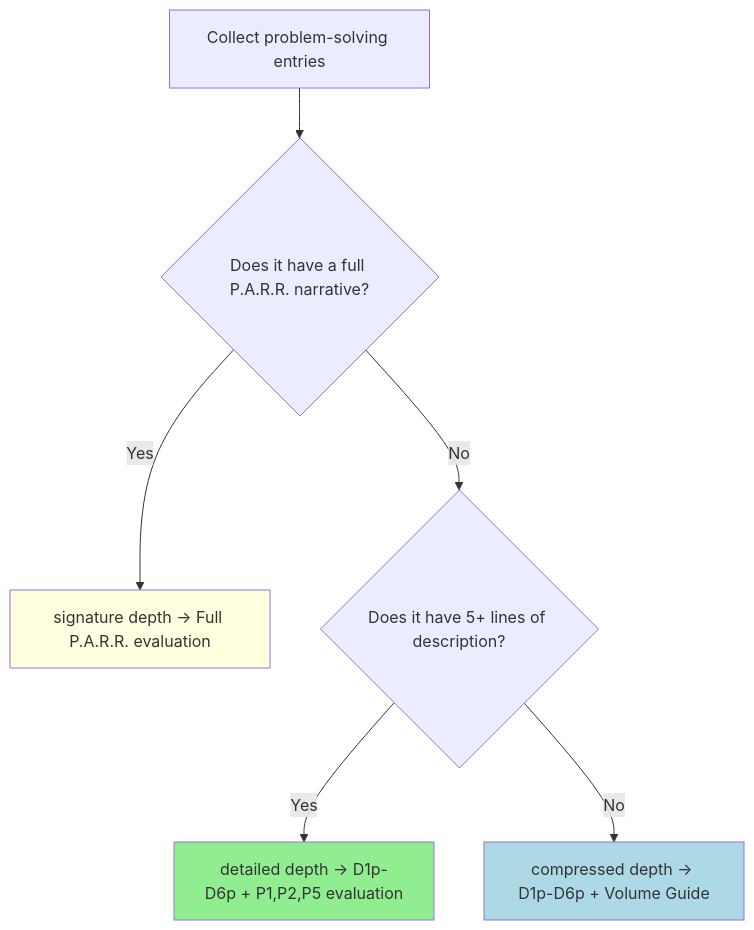
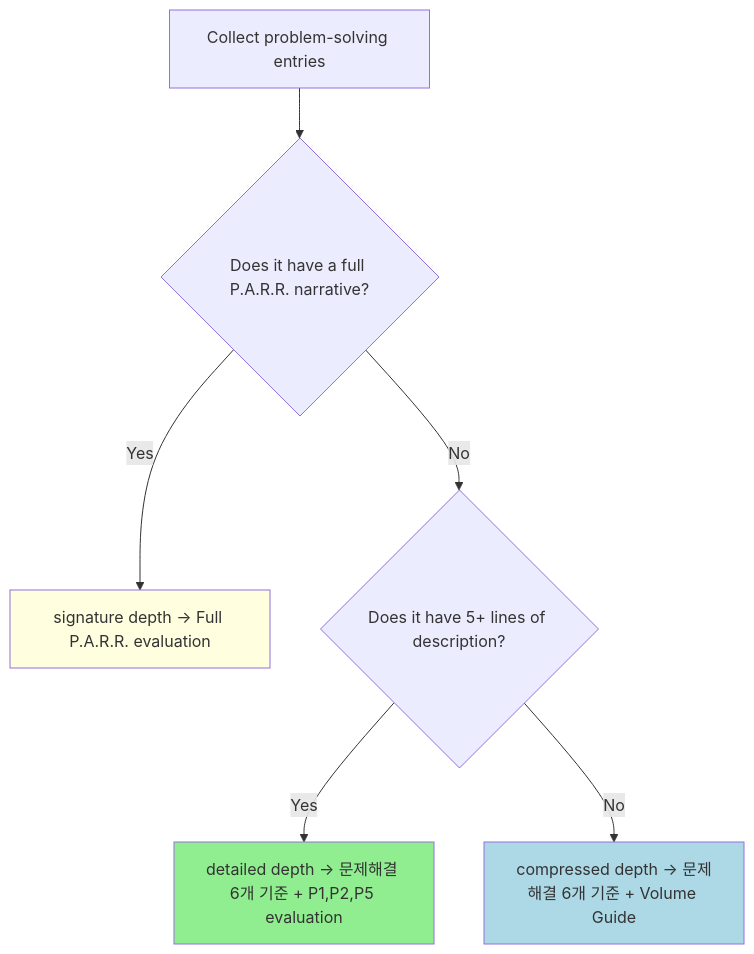
The diagram in projects/resume-manage/skills/review-resume/references/problem-solving.md (toongri/oh-my-toong-playground), drawn with Mermaid before and after one commit. The commit also changed other lines of this file and 5 other files, not shown here.

````diff
--- a/projects/resume-manage/skills/review-resume/references/problem-solving.md
+++ b/projects/resume-manage/skills/review-resume/references/problem-solving.md
@@ -39,12 +62,12 @@
 ```mermaid
 flowchart TB
     A[Collect problem-solving entries] --> B{Does it have a full P.A.R.R. narrative?}
     B -->|Yes| C[signature depth → Full P.A.R.R. evaluation]
     B -->|No| D{Does it have 5+ lines of description?}
-    D -->|Yes| E[detailed depth → D1p-D6p + P1,P2,P5 evaluation]
-    D -->|No| F[compressed depth → D1p-D6p + Volume Guide]
+    D -->|Yes| E[detailed depth → 문제해결 6개 기준 + P1,P2,P5 evaluation]
+    D -->|No| F[compressed depth → 문제해결 6개 기준 + Volume Guide]
 
     style C fill:lightyellow
     style E fill:lightgreen
     style F fill:lightblue
 ```
````
